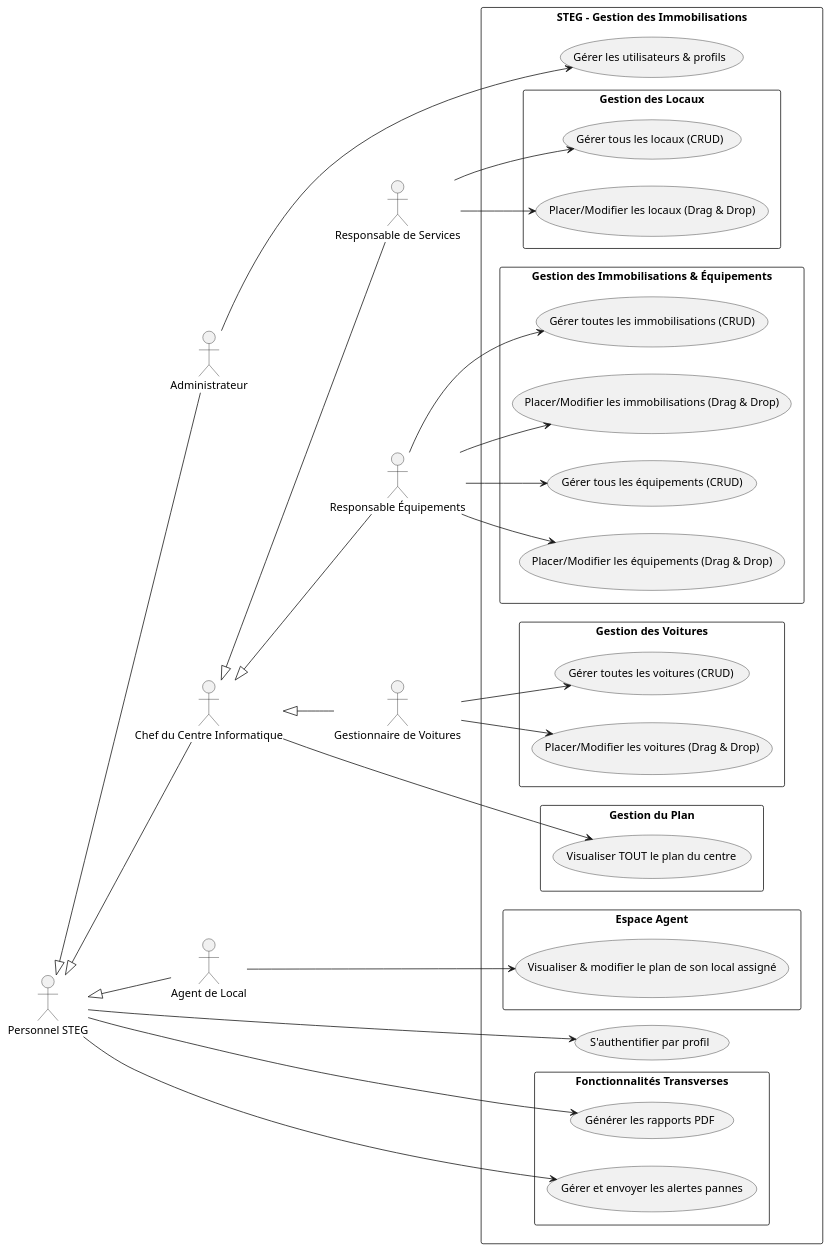
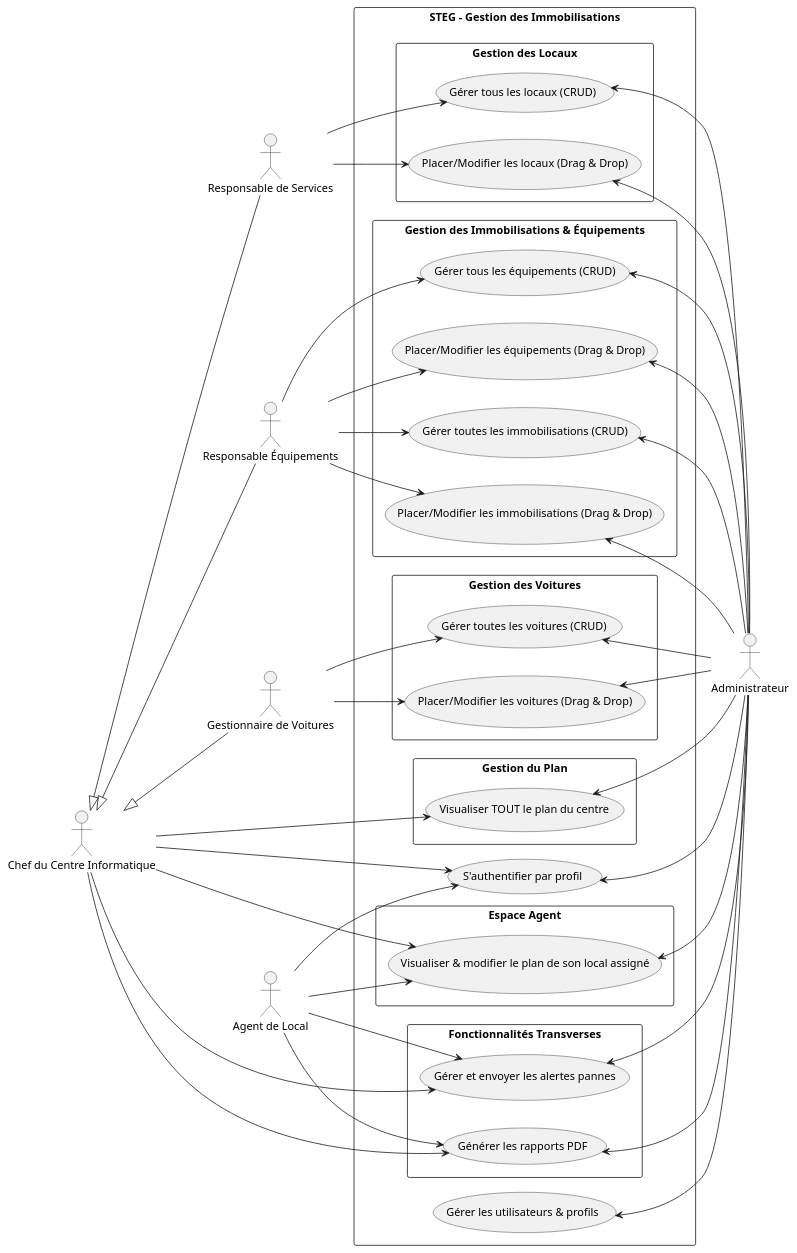
One commit to HamdiMohamedAli/STEG-Immobilisation-Project changed the diagram in docs_UML/use_case_diagram.puml. Above: the diagram before and after it, drawn with PlantUML. The commit also changed 23 other files, not shown here.

Commit message:
fixed uml elments

```diff
--- a/docs_UML/use_case_diagram.puml
+++ b/docs_UML/use_case_diagram.puml
@@ -1,76 +1,88 @@
 @startuml
 left to right direction
 skinparam packageStyle rectangle
 
-actor "Personnel STEG" as User
-actor "Administrateur" as Admin
 actor "Chef du Centre Informatique" as ChefCentre
 actor "Responsable de Services" as RespServ
 actor "Responsable Équipements" as RespEquip
 actor "Gestionnaire de Voitures" as GestVoit
 actor "Agent de Local" as Agent
-
-User <|-- Admin
-User <|-- Agent
-User <|-- ChefCentre
 
 ChefCentre <|-- RespServ
 ChefCentre <|-- RespEquip
 ChefCentre <|-- GestVoit
 
 rectangle "STEG - Gestion des Immobilisations" {
     usecase "S'authentifier par profil" as UC_Auth
     usecase "Gérer les utilisateurs & profils" as UC_Admin_System
     
     package "Gestion du Plan" {
         usecase "Visualiser TOUT le plan du centre" as UC_Voir_Tout_Plan
     }
 
     package "Gestion des Locaux" {
         usecase "Gérer tous les locaux (CRUD)" as UC_CRUD_Locaux
         usecase "Placer/Modifier les locaux (Drag & Drop)" as UC_DragDrop_Locaux
     }
     
     package "Gestion des Immobilisations & Équipements" {
         usecase "Gérer toutes les immobilisations (CRUD)" as UC_CRUD_Immo
         usecase "Placer/Modifier les immobilisations (Drag & Drop)" as UC_DragDrop_Immo
         usecase "Gérer tous les équipements (CRUD)" as UC_CRUD_Equip
         usecase "Placer/Modifier les équipements (Drag & Drop)" as UC_DragDrop_Equip
     }
 
     package "Gestion des Voitures" {
         usecase "Gérer toutes les voitures (CRUD)" as UC_CRUD_Voiture
         usecase "Placer/Modifier les voitures (Drag & Drop)" as UC_DragDrop_Voiture
     }
     
     package "Espace Agent" {
         usecase "Visualiser & modifier le plan de son local assigné" as UC_Voir_Local_Agent
     }
     
     package "Fonctionnalités Transverses" {
         usecase "Générer les rapports PDF" as UC_PDF
         usecase "Gérer et envoyer les alertes pannes" as UC_Alertes
     }
 }
 
-User --> UC_Auth
-User --> UC_Alertes
-User --> UC_PDF
+actor "Administrateur" as Admin
 
-Admin --> UC_Admin_System
-
+ChefCentre --> UC_Auth
 ChefCentre --> UC_Voir_Tout_Plan
+ChefCentre --> UC_Voir_Local_Agent
+ChefCentre --> UC_PDF 
+ChefCentre --> UC_Alertes 
 
 RespServ --> UC_CRUD_Locaux
 RespServ --> UC_DragDrop_Locaux
 
 RespEquip --> UC_CRUD_Immo
 RespEquip --> UC_DragDrop_Immo
 RespEquip --> UC_CRUD_Equip
 RespEquip --> UC_DragDrop_Equip
 
 GestVoit --> UC_CRUD_Voiture
 GestVoit --> UC_DragDrop_Voiture
 
 Agent --> UC_Voir_Local_Agent
+Agent --> UC_Auth
+Agent --> UC_PDF 
+Agent --> UC_Alertes 
+
+UC_Auth <-- Admin
+UC_Admin_System <-- Admin
+UC_Voir_Tout_Plan <-- Admin
+UC_CRUD_Locaux <-- Admin
+UC_DragDrop_Locaux <-- Admin
+UC_CRUD_Immo <-- Admin
+UC_DragDrop_Immo <-- Admin
+UC_CRUD_Equip <-- Admin
+UC_DragDrop_Equip <-- Admin
+UC_CRUD_Voiture <-- Admin
+UC_DragDrop_Voiture <-- Admin
+UC_Voir_Local_Agent <-- Admin
+UC_PDF <-- Admin
+UC_Alertes <-- Admin
 @enduml
```
